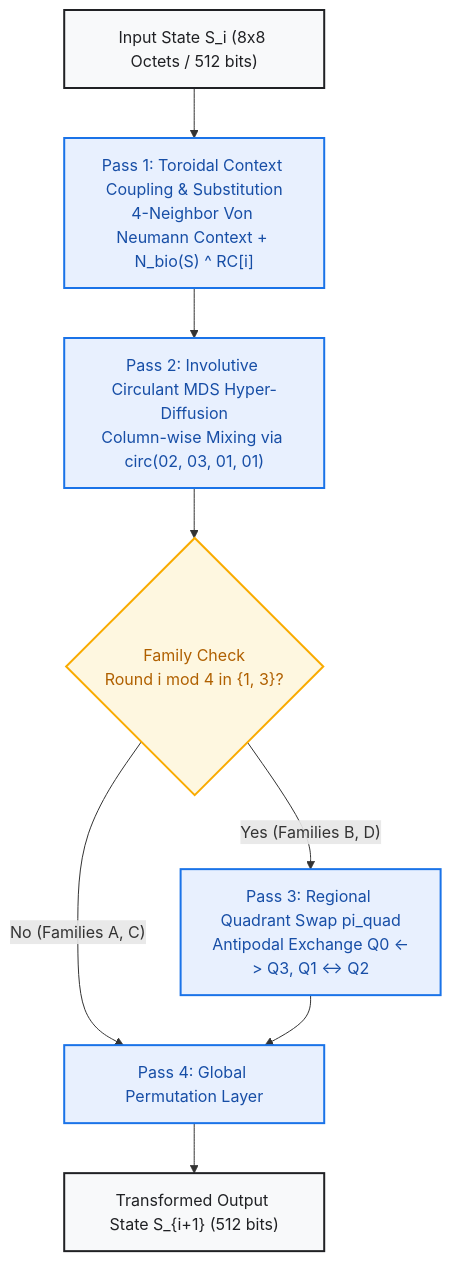
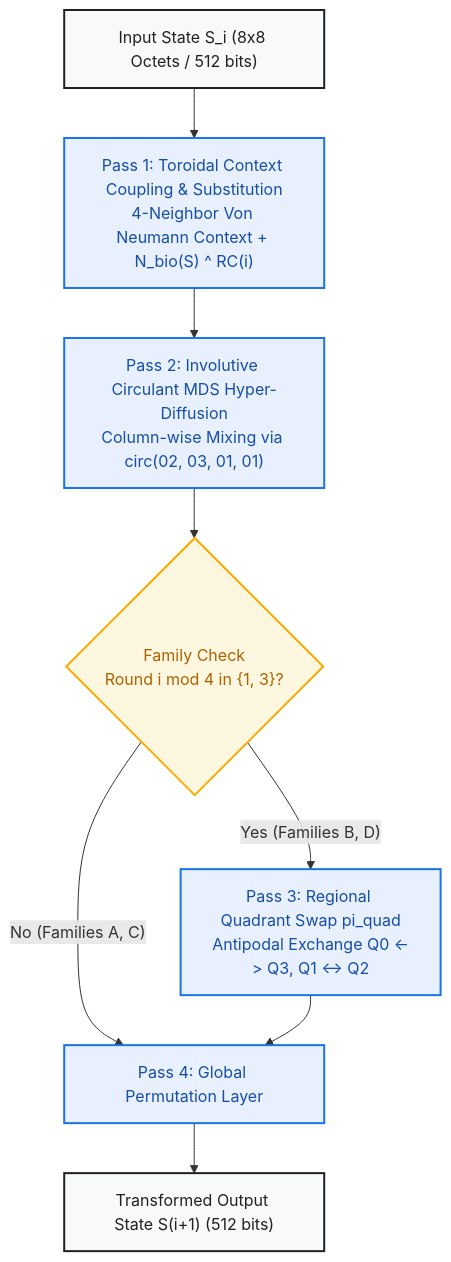
One commit to ankushpahal-12/torix-crypto changed the first of 3 diagrams in docs/H512_SPECIFICATION_CHAPTER_4_PERMUTATIONS.md. Above: the diagram before and after it, drawn with Mermaid. The commit also changed 10 other files, not shown here.

````diff
--- a/docs/H512_SPECIFICATION_CHAPTER_4_PERMUTATIONS.md
+++ b/docs/H512_SPECIFICATION_CHAPTER_4_PERMUTATIONS.md
@@ -21,14 +21,14 @@
 ```mermaid
 graph TD
     classDef state fill:#f8f9fa,stroke:#202124,stroke-width:2px,color:#202124;
     classDef pass fill:#e8f0fe,stroke:#1a73e8,stroke-width:2px,color:#174ea6;
     classDef branch fill:#fef7e0,stroke:#f9ab00,stroke-width:2px,color:#b06000;
 
-    S_IN["Input State S_i (8x8 Octets / 512 bits)"]:::state --> P1["Pass 1: Toroidal Context Coupling & Substitution<br/>4-Neighbor Von Neumann Context + N_bio(S) ^ RC[i]"]:::pass
+    S_IN["Input State S_i (8x8 Octets / 512 bits)"]:::state --> P1["Pass 1: Toroidal Context Coupling & Substitution<br/>4-Neighbor Von Neumann Context + N_bio(S) ^ RC(i)"]:::pass
     P1 --> P2["Pass 2: Involutive Circulant MDS Hyper-Diffusion<br/>Column-wise Mixing via circ(02, 03, 01, 01)"]:::pass
     P2 --> CHK{"Family Check<br/>Round i mod 4 in {1, 3}?"}:::branch
     CHK -- Yes (Families B, D) --> P3["Pass 3: Regional Quadrant Swap pi_quad<br/>Antipodal Exchange Q0 <-> Q3, Q1 <-> Q2"]:::pass
     CHK -- No (Families A, C) --> P4["Pass 4: Global Permutation Layer"]:::pass
     P3 --> P4
-    P4 --> S_OUT["Transformed Output State S_{i+1} (512 bits)"]:::state
+    P4 --> S_OUT["Transformed Output State S(i+1) (512 bits)"]:::state
 ```
````
